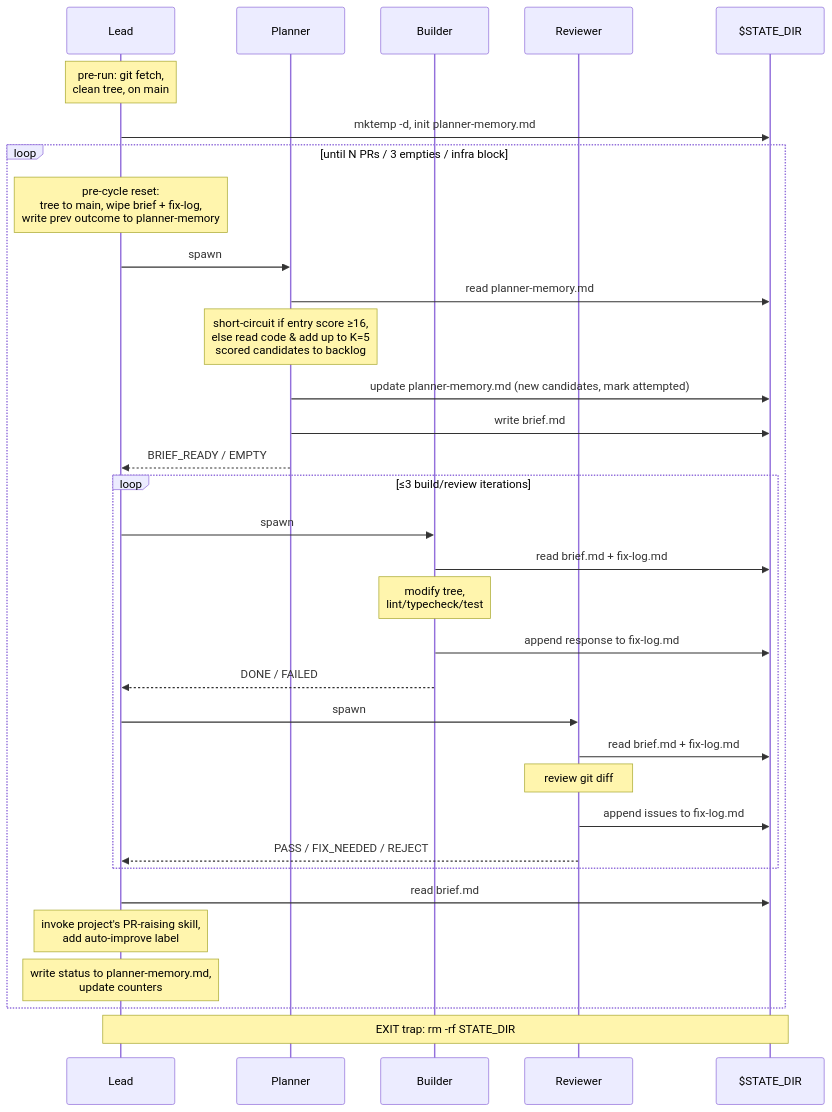
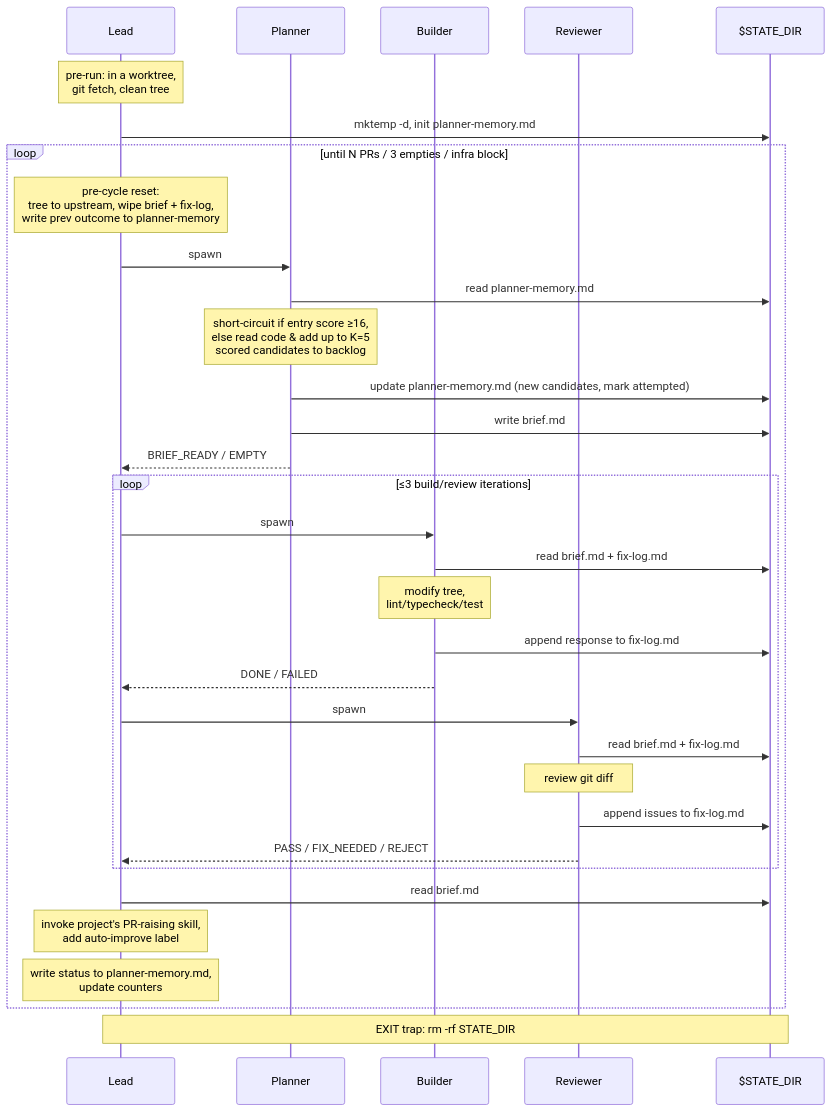
One commit to QingqiShi/claude changed the diagram in skills/auto-improve/README.md. Above: the diagram before and after it, drawn with Mermaid. The commit also changed other lines of this file and 1 other file, not shown here.

Commit message:
fix(auto-improve): restore worktree workflow and dropped behaviors
The previous redesign (1d32b0c) silently regressed three behaviors from
the original skill that broke real use.

Worktree workflow:
- Restore the "must run inside a worktree" precondition.
- Detect DEFAULT_BRANCH from origin/HEAD instead of hardcoding `main`,
  so the skill works on repos using `master`.
- Use `git checkout origin/$DEFAULT_BRANCH` (detached HEAD) for
  pre-cycle reset and revert paths, instead of `git checkout main &&
  git reset --hard`. The detached-HEAD form works in any worktree and
  doesn't conflict with the default branch checked out elsewhere.
- Drop the broken `git rev-parse --abbrev-ref HEAD == main` pre-run
  check; worktree branches are intentionally not the default branch.

Uncapped mode:
- Parse "keep going" / "no cap" / "infinity" as N=infinity. Stop
  condition skips target check in that mode.

PR safety guardrail:
- Restore the "don't run `gh pr create` yourself" rule. Missing
  PR-raising skill is treated as an infrastructure block, not a
  fallback to gh CLI.

Mermaid:
- Replace `origin/<default>` (which mermaid couldn't parse even when
  HTML-escaped) with `tree to upstream`.

````diff
--- a/skills/auto-improve/README.md
+++ b/skills/auto-improve/README.md
@@ -23,43 +23,43 @@
 ```mermaid
 sequenceDiagram
     participant Lead
     participant Planner
     participant Builder
     participant Reviewer
     participant State as $STATE_DIR
 
-    Note over Lead: pre-run: git fetch,<br/>clean tree, on main
+    Note over Lead: pre-run: in a worktree,<br/>git fetch, clean tree
     Lead->>State: mktemp -d, init planner-memory.md
 
     loop until N PRs / 3 empties / infra block
-        Note over Lead: pre-cycle reset:<br/>tree to main, wipe brief + fix-log,<br/>write prev outcome to planner-memory
+        Note over Lead: pre-cycle reset:<br/>tree to upstream, wipe brief + fix-log,<br/>write prev outcome to planner-memory
 
         Lead->>Planner: spawn
         Planner->>State: read planner-memory.md
         Note over Planner: short-circuit if entry score ≥16,<br/>else read code & add up to K=5<br/>scored candidates to backlog
         Planner->>State: update planner-memory.md (new candidates, mark attempted)
         Planner->>State: write brief.md
         Planner-->>Lead: BRIEF_READY / EMPTY
 
         loop ≤3 build/review iterations
             Lead->>Builder: spawn
             Builder->>State: read brief.md + fix-log.md
             Note over Builder: modify tree,<br/>lint/typecheck/test
             Builder->>State: append response to fix-log.md
             Builder-->>Lead: DONE / FAILED
 
             Lead->>Reviewer: spawn
             Reviewer->>State: read brief.md + fix-log.md
             Note over Reviewer: review git diff
             Reviewer->>State: append issues to fix-log.md
             Reviewer-->>Lead: PASS / FIX_NEEDED / REJECT
         end
 
         Lead->>State: read brief.md
         Note over Lead: invoke project's PR-raising skill,<br/>add auto-improve label
 
         Note over Lead: write status to planner-memory.md,<br/>update counters
     end
 
     Note over Lead,State: EXIT trap: rm -rf STATE_DIR
 ```
````
